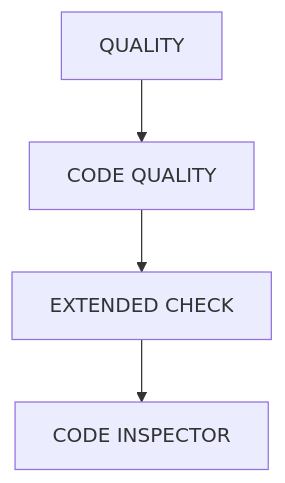
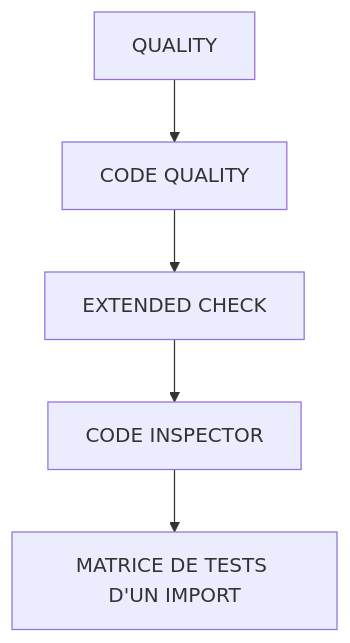
The diagram in └─ 🧩 003 - QUALITY & UNIT TESTS/└─ 🧩 01 - QUALITY/00 - 🍧 SOMMAIRE.md (AiKanSya/Aelion), drawn with Mermaid before and after one commit. The commit also changed other lines of this file and 41 other files, not shown here.

````diff
--- a/└─ 🧩 003 - QUALITY & UNIT TESTS/└─ 🧩 01 - QUALITY/00 - 🍧 SOMMAIRE.md
+++ b/└─ 🧩 003 - QUALITY & UNIT TESTS/└─ 🧩 01 - QUALITY/00 - 🍧 SOMMAIRE.md
@@ -11,7 +11,8 @@
 ```mermaid
 flowchart TD
     A["QUALITY"]
     A --> B["CODE QUALITY"]
     B --> C["EXTENDED CHECK"]
     C --> D["CODE INSPECTOR"]
+    D --> E["MATRICE DE TESTS D'UN IMPORT"]
 ```
````
